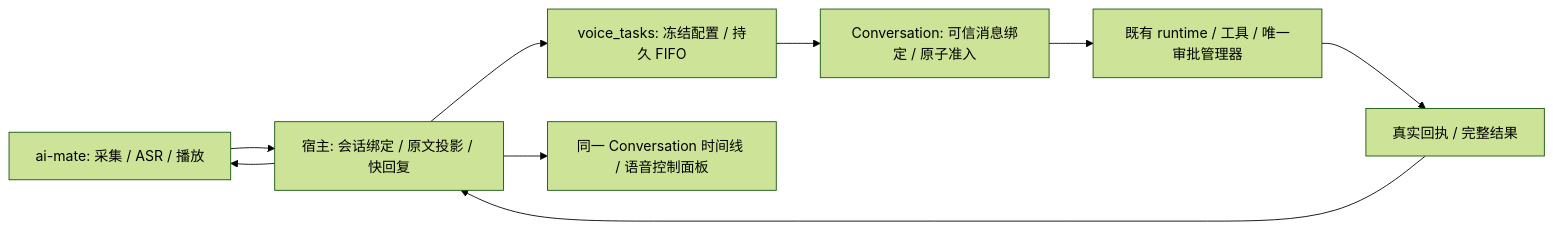
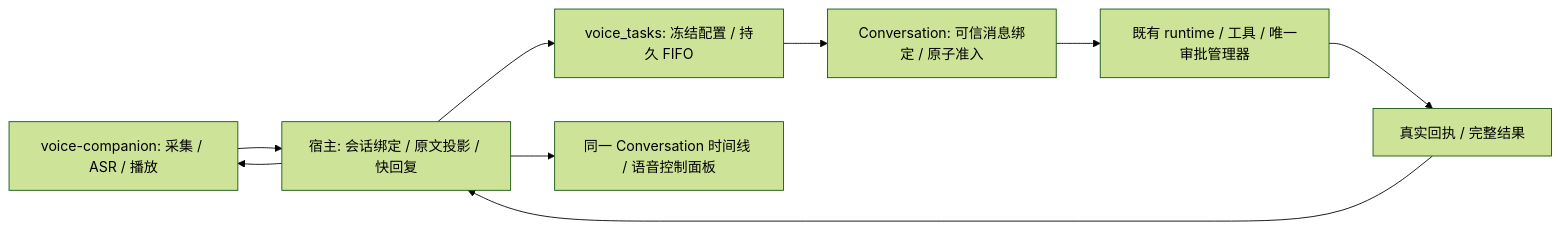
One commit to Michael-Lfx/allo changed the diagram in docs/architecture/voice-agent/execution/R1-R5-execution-coaching-2026-10-21.zh.md. Above: the diagram before and after it, drawn with Mermaid (forest theme). The commit also changed other lines of this file and 55 other files, not shown here.

Commit message:
refactor(voice): rename ai-mate to voice-companion across crate, binary, scripts, and docs

````diff
--- a/docs/architecture/voice-agent/execution/R1-R5-execution-coaching-2026-10-21.zh.md
+++ b/docs/architecture/voice-agent/execution/R1-R5-execution-coaching-2026-10-21.zh.md
@@ -56,11 +56,11 @@
 ```mermaid
 flowchart LR
-    Audio["ai-mate: 采集 / ASR / 播放"] --> Host["宿主: 会话绑定 / 原文投影 / 快回复"]
+    Audio["voice-companion: 采集 / ASR / 播放"] --> Host["宿主: 会话绑定 / 原文投影 / 快回复"]
     Host --> Ledger["voice_tasks: 冻结配置 / 持久 FIFO"]
     Ledger --> Bound["Conversation: 可信消息绑定 / 原子准入"]
     Bound --> Runtime["既有 runtime / 工具 / 唯一审批管理器"]
     Runtime --> Receipt["真实回执 / 完整结果"]
     Receipt --> Host
     Host --> Audio
     Host --> UI["同一 Conversation 时间线 / 语音控制面板"]
 ```
````
